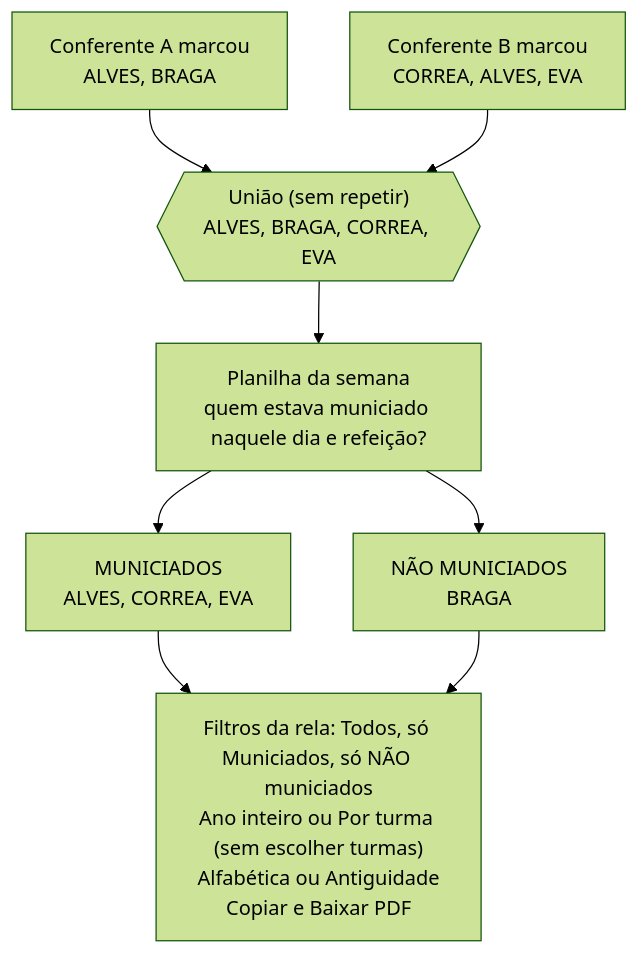
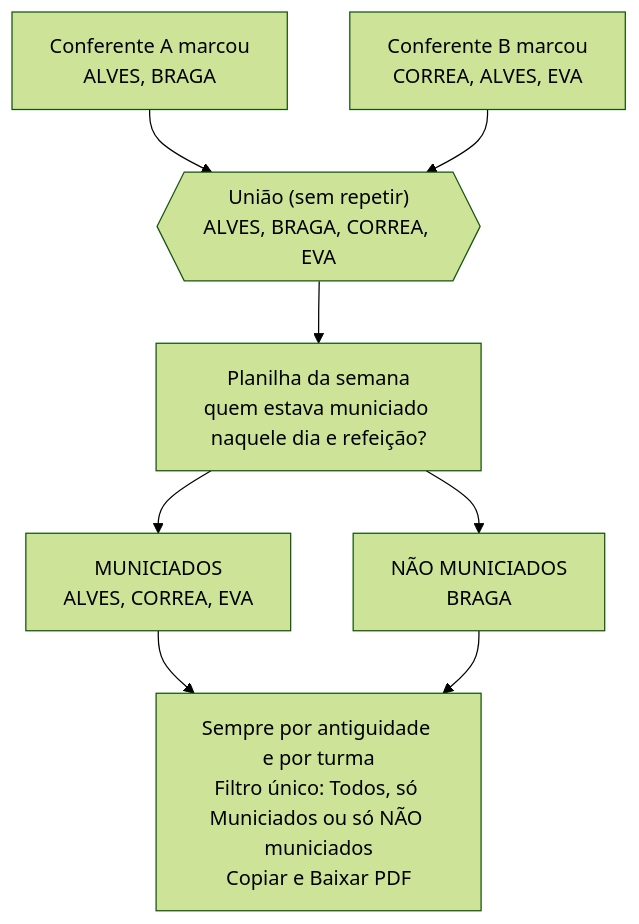
One commit to GiuColucci/Municiamento_CIAGA changed diagram 17 of 17 in docs/ARQUITETURA_E_FLUXO.md. Above: the diagram before and after it, drawn with Mermaid (forest theme). The commit also changed 3 other files, not shown here.

First line of the commit message:
Conferência geral: sempre por antiguidade e por turma, só o filtro Mostrar, sem o aviso

````diff
--- a/docs/ARQUITETURA_E_FLUXO.md
+++ b/docs/ARQUITETURA_E_FLUXO.md
@@ -535,10 +535,10 @@
 ```mermaid
 flowchart TD
   C1["Conferente A marcou<br/>ALVES, BRAGA"] --> U
   C2["Conferente B marcou<br/>CORREA, ALVES, EVA"] --> U
   U{{"União (sem repetir)<br/>ALVES, BRAGA, CORREA, EVA"}} --> P["Planilha da semana<br/>quem estava municiado naquele dia e refeição?"]
   P --> M["MUNICIADOS<br/>ALVES, CORREA, EVA"]
   P --> N["NÃO MUNICIADOS<br/>BRAGA"]
-  M --> F["Filtros da rela: Todos, só Municiados, só NÃO municiados<br/>Ano inteiro ou Por turma (sem escolher turmas)<br/>Alfabética ou Antiguidade<br/>Copiar e Baixar PDF"]
+  M --> F["Sempre por antiguidade e por turma<br/>Filtro único: Todos, só Municiados ou só NÃO municiados<br/>Copiar e Baixar PDF"]
   N --> F
 ```
````
